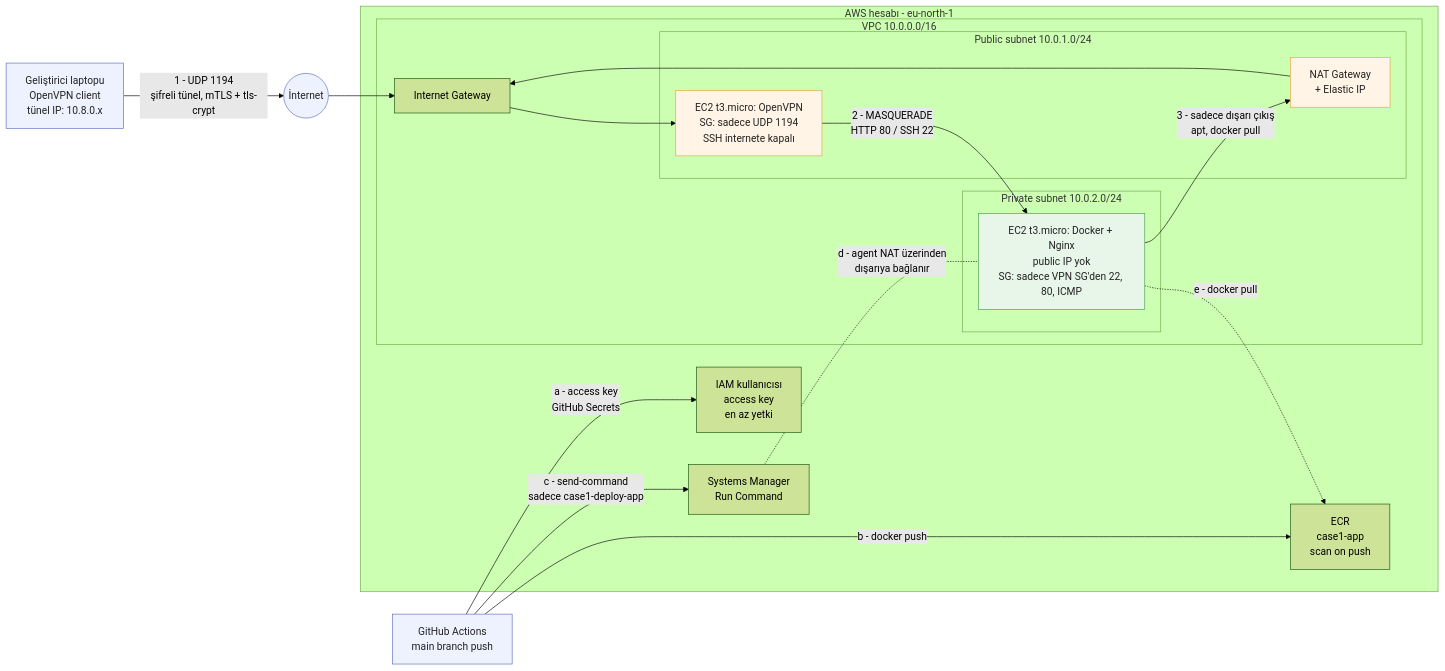
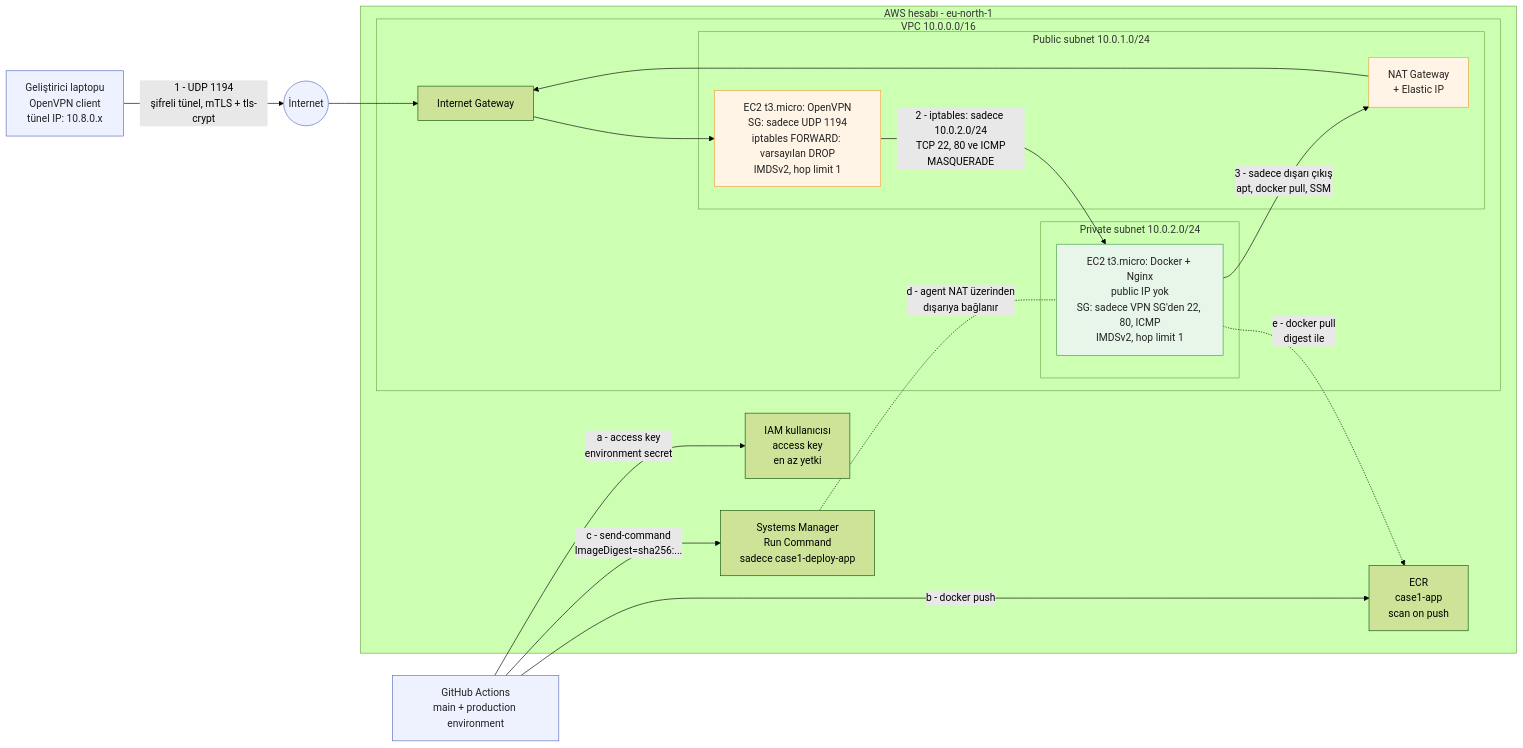
The diagram in docs/architecture.mmd (Kkocaoglan/DevOps_Case), drawn with Mermaid (forest theme) before and after one commit. The commit also changed 2 other files, not shown here.

```diff
--- a/docs/architecture.mmd
+++ b/docs/architecture.mmd
@@ -1,43 +1,43 @@
 flowchart LR
     dev["Geliştirici laptopu<br/>OpenVPN client<br/>tünel IP: 10.8.0.x"]
     net(("İnternet"))
-    gh["GitHub Actions<br/>main branch push"]
+    gh["GitHub Actions<br/>main + production environment"]
 
     subgraph aws["AWS hesabı - eu-north-1"]
         iam["IAM kullanıcısı<br/>access key<br/>en az yetki"]
         ecr["ECR<br/>case1-app<br/>scan on push"]
-        ssm["Systems Manager<br/>Run Command"]
+        ssm["Systems Manager<br/>Run Command<br/>sadece case1-deploy-app"]
 
         subgraph vpc["VPC 10.0.0.0/16"]
             igw["Internet Gateway"]
 
             subgraph pub["Public subnet 10.0.1.0/24"]
-                vpn["EC2 t3.micro: OpenVPN<br/>SG: sadece UDP 1194<br/>SSH internete kapalı"]
+                vpn["EC2 t3.micro: OpenVPN<br/>SG: sadece UDP 1194<br/>iptables FORWARD: varsayılan DROP<br/>IMDSv2, hop limit 1"]
                 nat["NAT Gateway<br/>+ Elastic IP"]
             end
 
             subgraph priv["Private subnet 10.0.2.0/24"]
-                app["EC2 t3.micro: Docker + Nginx<br/>public IP yok<br/>SG: sadece VPN SG'den 22, 80, ICMP"]
+                app["EC2 t3.micro: Docker + Nginx<br/>public IP yok<br/>SG: sadece VPN SG'den 22, 80, ICMP<br/>IMDSv2, hop limit 1"]
             end
         end
     end
 
     dev -- "1 - UDP 1194<br/>şifreli tünel, mTLS + tls-crypt" --> net
     net --> igw
     igw --> vpn
-    vpn -- "2 - MASQUERADE<br/>HTTP 80 / SSH 22" --> app
-    app -- "3 - sadece dışarı çıkış<br/>apt, docker pull" --> nat
+    vpn -- "2 - iptables: sadece 10.0.2.0/24<br/>TCP 22, 80 ve ICMP<br/>MASQUERADE" --> app
+    app -- "3 - sadece dışarı çıkış<br/>apt, docker pull, SSM" --> nat
     nat --> igw
 
-    gh -- "a - access key<br/>GitHub Secrets" --> iam
+    gh -- "a - access key<br/>environment secret" --> iam
     gh -- "b - docker push" --> ecr
-    gh -- "c - send-command<br/>sadece case1-deploy-app" --> ssm
+    gh -- "c - send-command<br/>ImageDigest=sha256:..." --> ssm
     ssm -. "d - agent NAT üzerinden<br/>dışarıya bağlanır" .- app
-    app -. "e - docker pull" .-> ecr
+    app -. "e - docker pull<br/>digest ile" .-> ecr
 
     classDef public fill:#fff4e5,stroke:#e8a33d,color:#222
     classDef private fill:#e8f5e9,stroke:#43a047,color:#222
     classDef ext fill:#eef2ff,stroke:#5c6bc0,color:#222
     class vpn,nat public
     class app private
     class dev,gh,net ext
```
